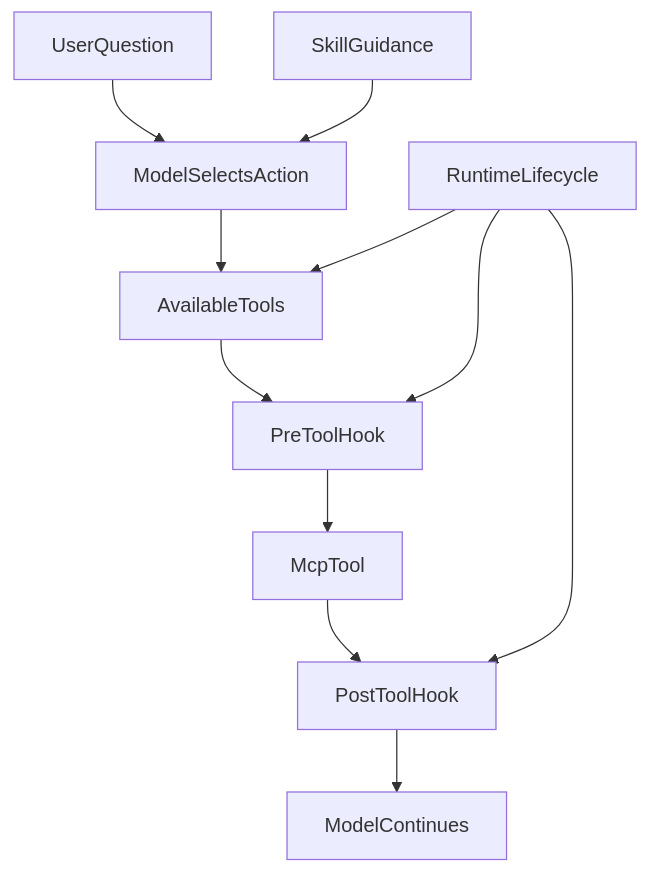
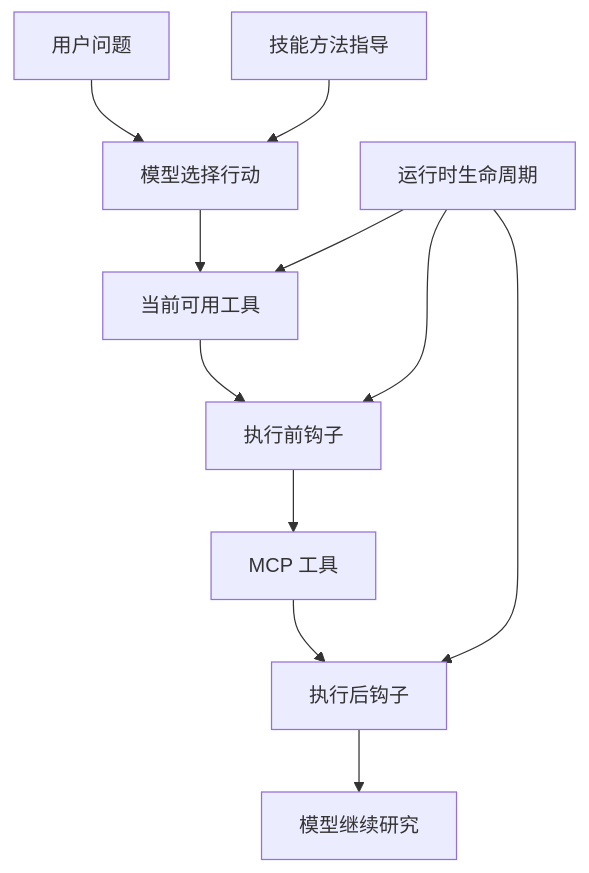
One commit to hpoenixf/eff-agent-article changed the diagram in articles/agent-model-runtime-mcp-skill-boundaries.md. Above: the diagram before and after it, drawn with Mermaid. The commit also changed 52 other files, not shown here.

Commit message:
docs: localize diagrams and clarify flagship guides

````diff
--- a/articles/agent-model-runtime-mcp-skill-boundaries.md
+++ b/articles/agent-model-runtime-mcp-skill-boundaries.md
@@ -55,13 +55,13 @@
 ```mermaid
 graph TD
-UserQuestion --> ModelSelectsAction
-SkillGuidance --> ModelSelectsAction
-ModelSelectsAction --> AvailableTools
-AvailableTools --> PreToolHook
-PreToolHook --> McpTool
-McpTool --> PostToolHook
-PostToolHook --> ModelContinues
-RuntimeLifecycle --> AvailableTools
+UserQuestion["用户问题"] --> ModelSelectsAction["模型选择行动"]
+SkillGuidance["技能方法指导"] --> ModelSelectsAction
+ModelSelectsAction --> AvailableTools["当前可用工具"]
+AvailableTools --> PreToolHook["执行前钩子"]
+PreToolHook --> McpTool["MCP 工具"]
+McpTool --> PostToolHook["执行后钩子"]
+PostToolHook --> ModelContinues["模型继续研究"]
+RuntimeLifecycle["运行时生命周期"] --> AvailableTools
 RuntimeLifecycle --> PreToolHook
 RuntimeLifecycle --> PostToolHook
 ```
````
